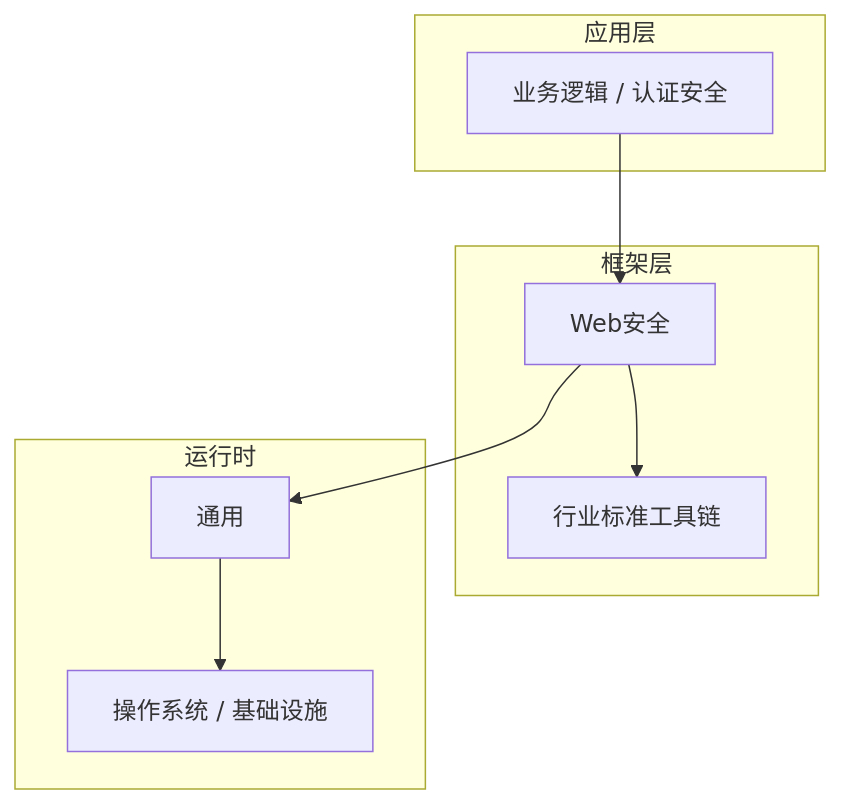
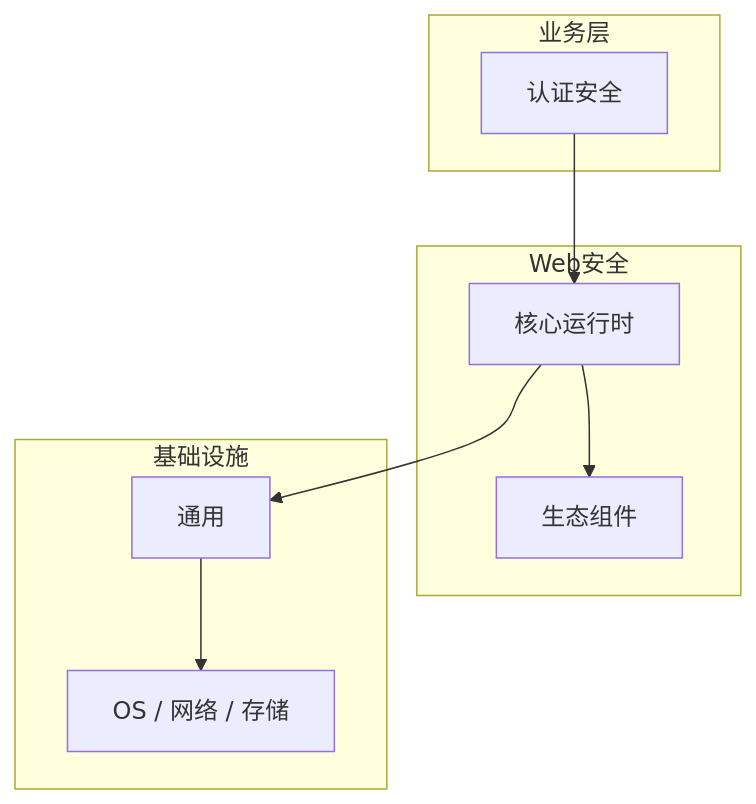
Before and after one commit to yanggan2015/knowledge-json-v2: the diagram in articles/Web安全/chapters/076-认证安全核心概念与原理.md, drawn with Mermaid. The commit also changed other lines of this file and 10127 other files, not shown here.

````diff
--- a/articles/Web安全/chapters/076-认证安全核心概念与原理.md
+++ b/articles/Web安全/chapters/076-认证安全核心概念与原理.md
@@ -46,18 +31,18 @@
 ```mermaid
 graph TB
-    subgraph 应用层
-        A[业务逻辑 / 认证安全]
+    subgraph 业务层
+        A[认证安全]
     end
-    subgraph 框架层
-        B[Web安全]
-        C[行业标准工具链]
+    subgraph Web安全
+        B[核心运行时]
+        C[生态组件]
     end
-    subgraph 运行时
+    subgraph 基础设施
         D[通用]
-        E[操作系统 / 基础设施]
+        E[OS / 网络 / 存储]
     end
     A --> B
     B --> C
     B --> D
     D --> E
 ```
````
